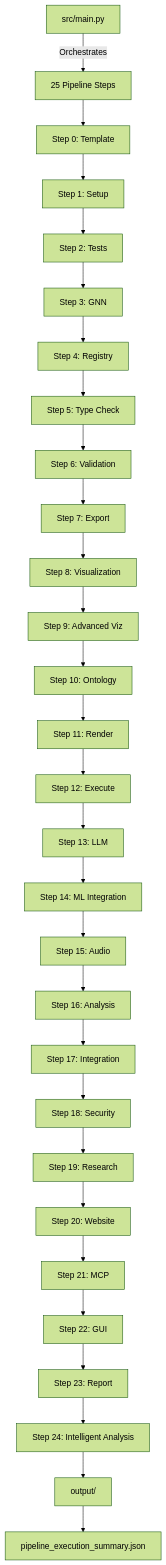
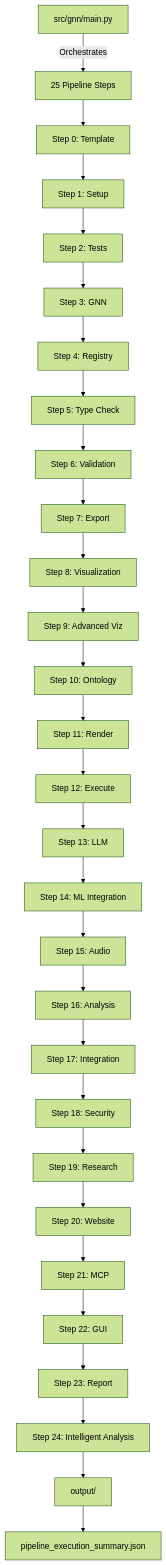
Before and after one commit to ActiveInferenceInstitute/GeneralizedNotationNotation: the second of 3 diagrams in AGENTS.md, drawn with Mermaid (forest theme). The commit also changed other lines of this file and 4976 other files, not shown here.

First line of the commit message:
refactor: rename src package to gnn (v0.5 bridge layout), unify API surface, close Lean seam

````diff
--- a/AGENTS.md
+++ b/AGENTS.md
@@ -165,33 +165,33 @@
 ```mermaid
 flowchart TD
-    Main[src/main.py] -->|Orchestrates| Steps[25 Pipeline Steps]
+    Main[src/gnn/main.py] -->|Orchestrates| Steps[25 Pipeline Steps]
     
     Steps --> Step0[Step 0: Template]
     Step0 --> Step1[Step 1: Setup]
     Step1 --> Step2[Step 2: Tests]
     Step2 --> Step3[Step 3: GNN]
     Step3 --> Step4[Step 4: Registry]
     Step4 --> Step5[Step 5: Type Check]
     Step5 --> Step6[Step 6: Validation]
     Step6 --> Step7[Step 7: Export]
     Step7 --> Step8[Step 8: Visualization]
     Step8 --> Step9[Step 9: Advanced Viz]
     Step9 --> Step10[Step 10: Ontology]
     Step10 --> Step11[Step 11: Render]
     Step11 --> Step12[Step 12: Execute]
     Step12 --> Step13[Step 13: LLM]
     Step13 --> Step14[Step 14: ML Integration]
     Step14 --> Step15[Step 15: Audio]
     Step15 --> Step16[Step 16: Analysis]
     Step16 --> Step17[Step 17: Integration]
     Step17 --> Step18[Step 18: Security]
     Step18 --> Step19[Step 19: Research]
     Step19 --> Step20[Step 20: Website]
     Step20 --> Step21[Step 21: MCP]
     Step21 --> Step22[Step 22: GUI]
     Step22 --> Step23[Step 23: Report]
     Step23 --> Step24[Step 24: Intelligent Analysis]
 
     Step24 --> Output[output/]
     Output --> Summary[pipeline_execution_summary.json]
 ```
````
